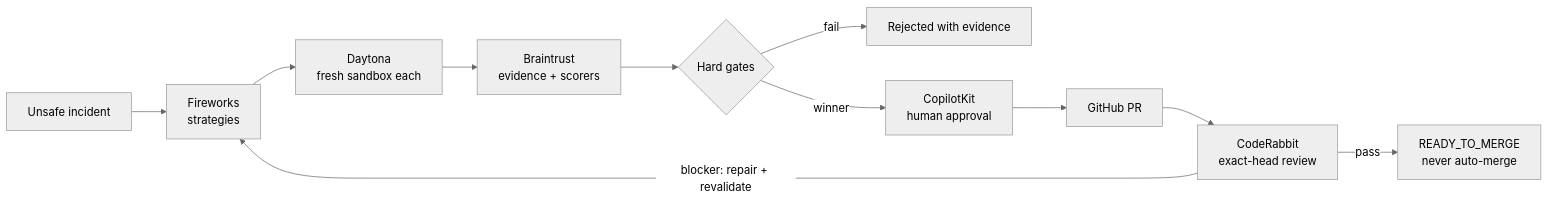
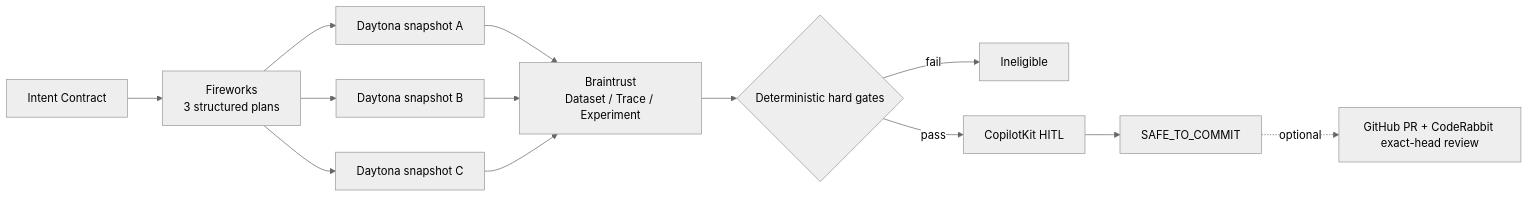
The diagram in README.md (Frankie744/safecommit-ai), drawn with Mermaid (neutral theme) before and after one commit. The commit also changed other lines of this file and 12 other files, not shown here.

Commit message:
docs: deliver SafeCommit competition narrative and evidence deck

````diff
--- a/README.md
+++ b/README.md
@@ -42,10 +94,15 @@
 ```mermaid
 flowchart LR
-  I[Unsafe incident] --> F[Fireworks<br/>strategies] --> D[Daytona<br/>fresh sandbox each]
-  D --> B[Braintrust<br/>evidence + scorers] --> G{Hard gates}
-  G -->|fail| R[Rejected with evidence]
-  G -->|winner| U[CopilotKit<br/>human approval] --> P[GitHub PR]
-  P --> C[CodeRabbit<br/>exact-head review]
-  C -->|blocker: repair + revalidate| F
-  C -->|pass| M[READY_TO_MERGE<br/>never auto-merge]
+  I[Intent Contract] --> F[Fireworks<br/>3 structured plans]
+  F --> D1[Daytona snapshot A]
+  F --> D2[Daytona snapshot B]
+  F --> D3[Daytona snapshot C]
+  D1 --> B[Braintrust<br/>Dataset / Trace / Experiment]
+  D2 --> B
+  D3 --> B
+  B --> G{Deterministic hard gates}
+  G -->|fail| R[Ineligible]
+  G -->|pass| H[CopilotKit HITL]
+  H --> C[SAFE_TO_COMMIT]
+  C -. optional .-> P[GitHub PR + CodeRabbit exact-head review]
 ```
````
